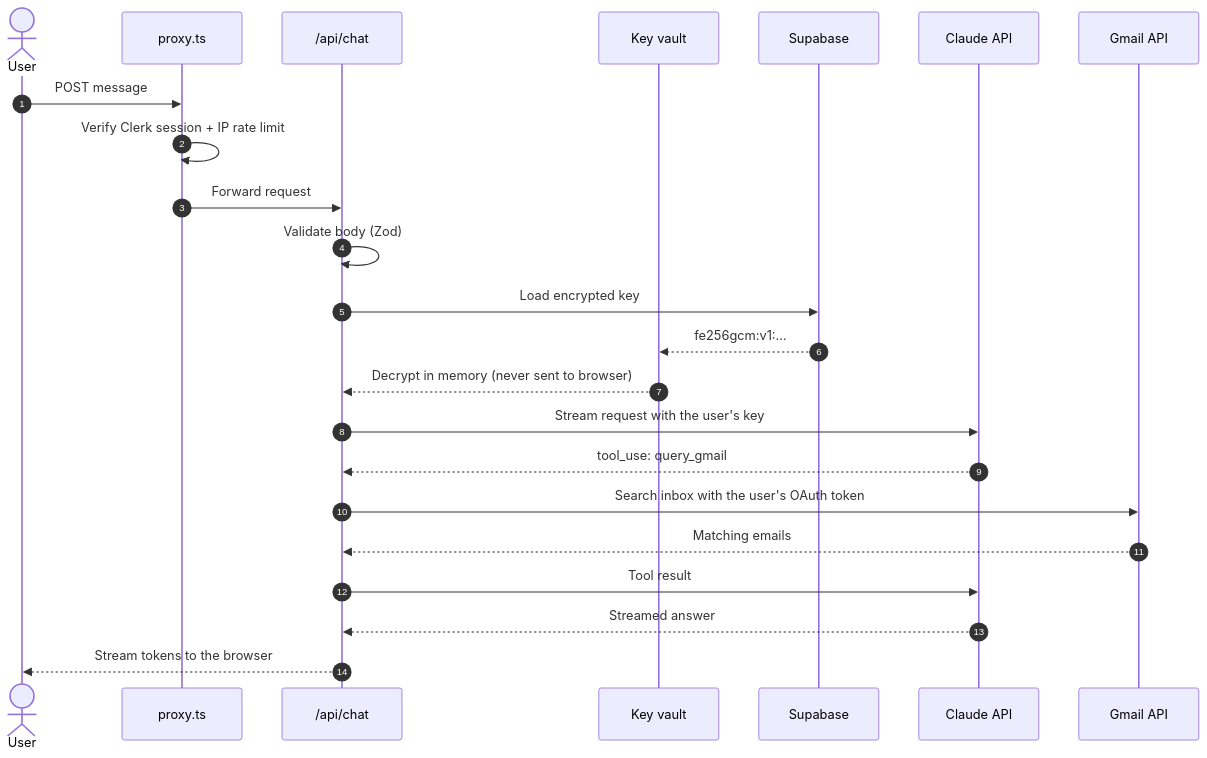
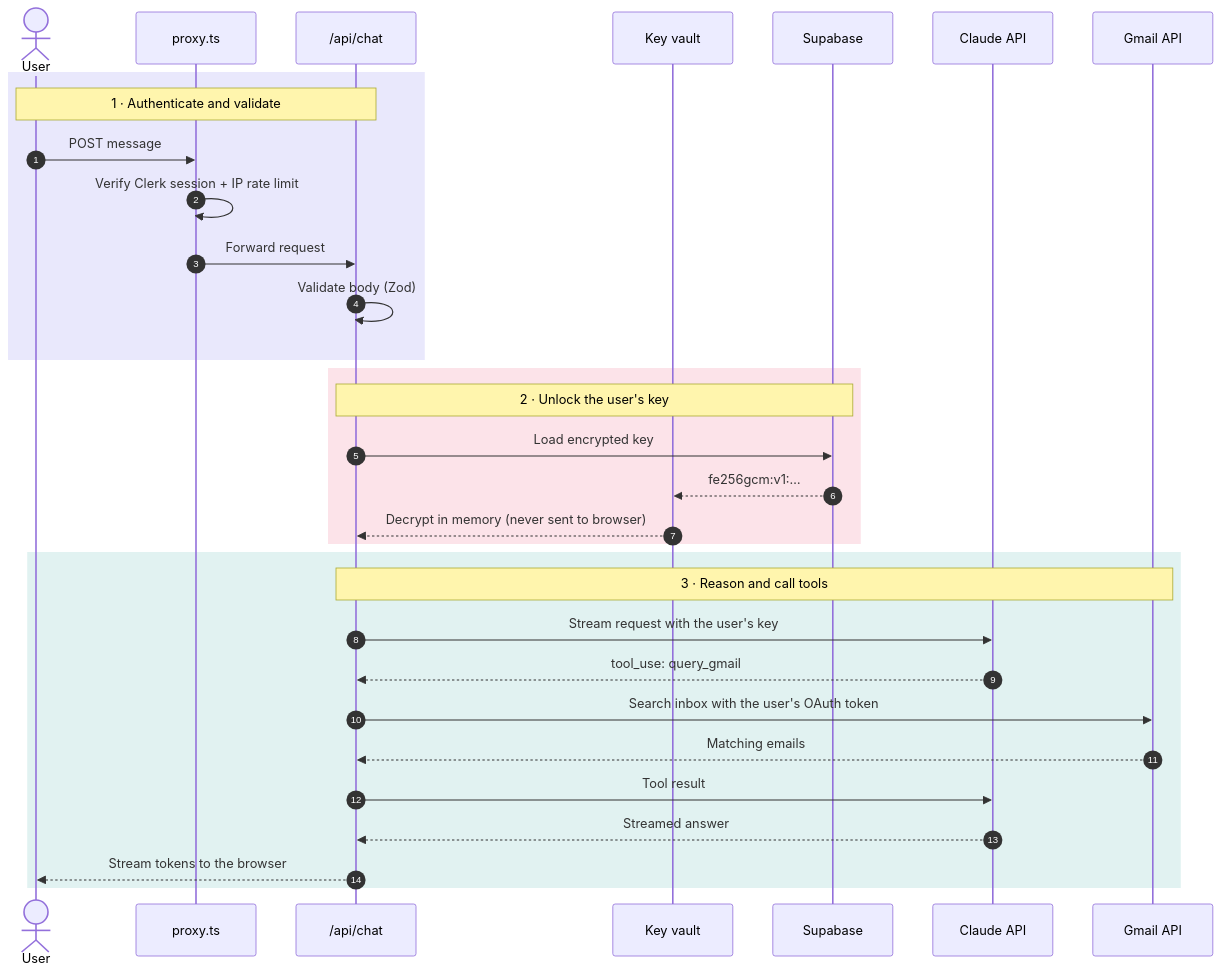
One commit to sowaxer/quivo-app changed the fourth of 5 diagrams in README.md. Above: the diagram before and after it, drawn with Mermaid. The commit also changed other lines of this file, not shown here.

First line of the commit message:
README: color-coded diagrams, phased request flow, quick navigation

````diff
--- a/README.md
+++ b/README.md
@@ -145,26 +169,35 @@
 ```mermaid
 sequenceDiagram
     autonumber
     actor U as User
     participant P as proxy.ts
     participant R as /api/chat
     participant V as Key vault
     participant DB as Supabase
     participant C as Claude API
     participant G as Gmail API
 
+    rect rgba(79, 70, 229, 0.12)
+    Note over U,R: 1 · Authenticate and validate
     U->>P: POST message
     P->>P: Verify Clerk session + IP rate limit
     P->>R: Forward request
     R->>R: Validate body (Zod)
+    end
+    rect rgba(225, 29, 72, 0.12)
+    Note over R,DB: 2 · Unlock the user's key
     R->>DB: Load encrypted key
     DB-->>V: fe256gcm:v1:…
     V-->>R: Decrypt in memory (never sent to browser)
+    end
+    rect rgba(13, 148, 136, 0.12)
+    Note over R,G: 3 · Reason and call tools
     R->>C: Stream request with the user's key
     C-->>R: tool_use: query_gmail
     R->>G: Search inbox with the user's OAuth token
     G-->>R: Matching emails
     R->>C: Tool result
     C-->>R: Streamed answer
     R-->>U: Stream tokens to the browser
+    end
 ```
````
